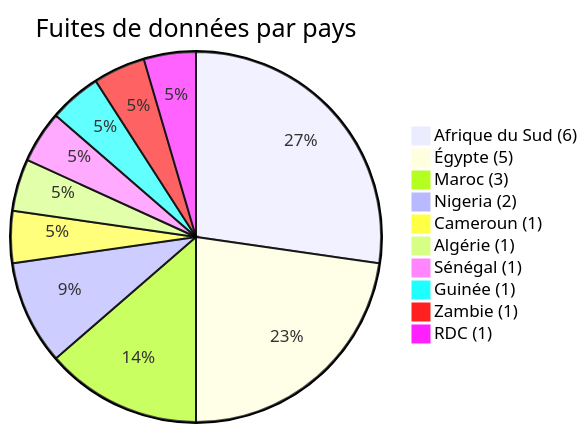
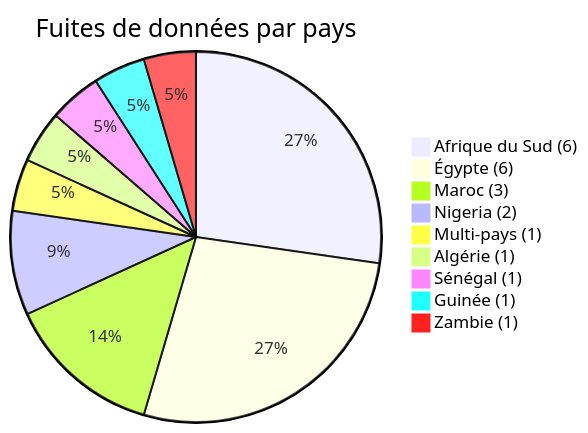
One commit to Hatchepsoute/AFRINTEL changed the third of 5 diagrams in CyberAttackAfrica/2026/03-march/README_FR.md. Above: the diagram before and after it, drawn with Mermaid. The commit also changed other lines of this file and 255 other files, not shown here.

````diff
--- a/CyberAttackAfrica/2026/03-march/README_FR.md
+++ b/CyberAttackAfrica/2026/03-march/README_FR.md
@@ -109,14 +106,13 @@
 ```mermaid
 pie
  title Fuites de données par pays
  "Afrique du Sud (6)" : 6
- "Égypte (5)" : 5
+ "Égypte (6)" : 6
  "Maroc (3)" : 3
  "Nigeria (2)" : 2
- "Cameroun (1)" : 1
+ "Multi-pays (1)" : 1
  "Algérie (1)" : 1
  "Sénégal (1)" : 1
  "Guinée (1)" : 1
  "Zambie (1)" : 1
- "RDC (1)" : 1
 ```
````
